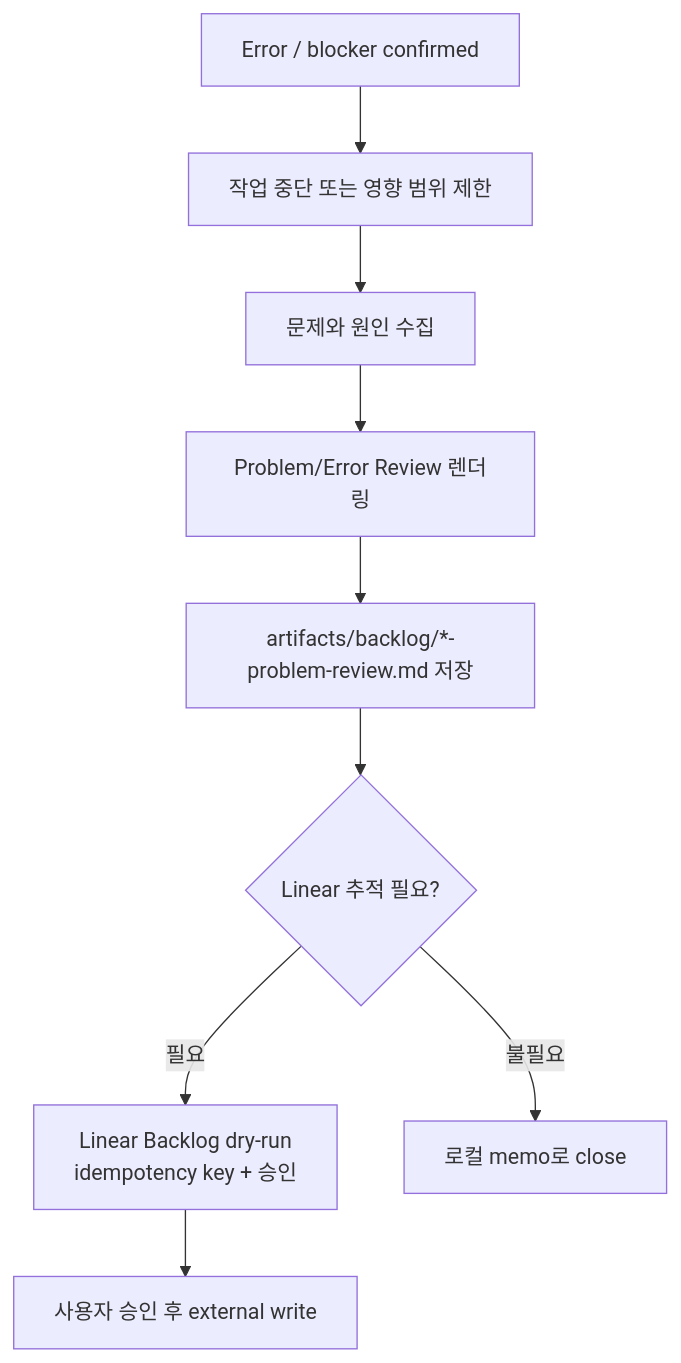
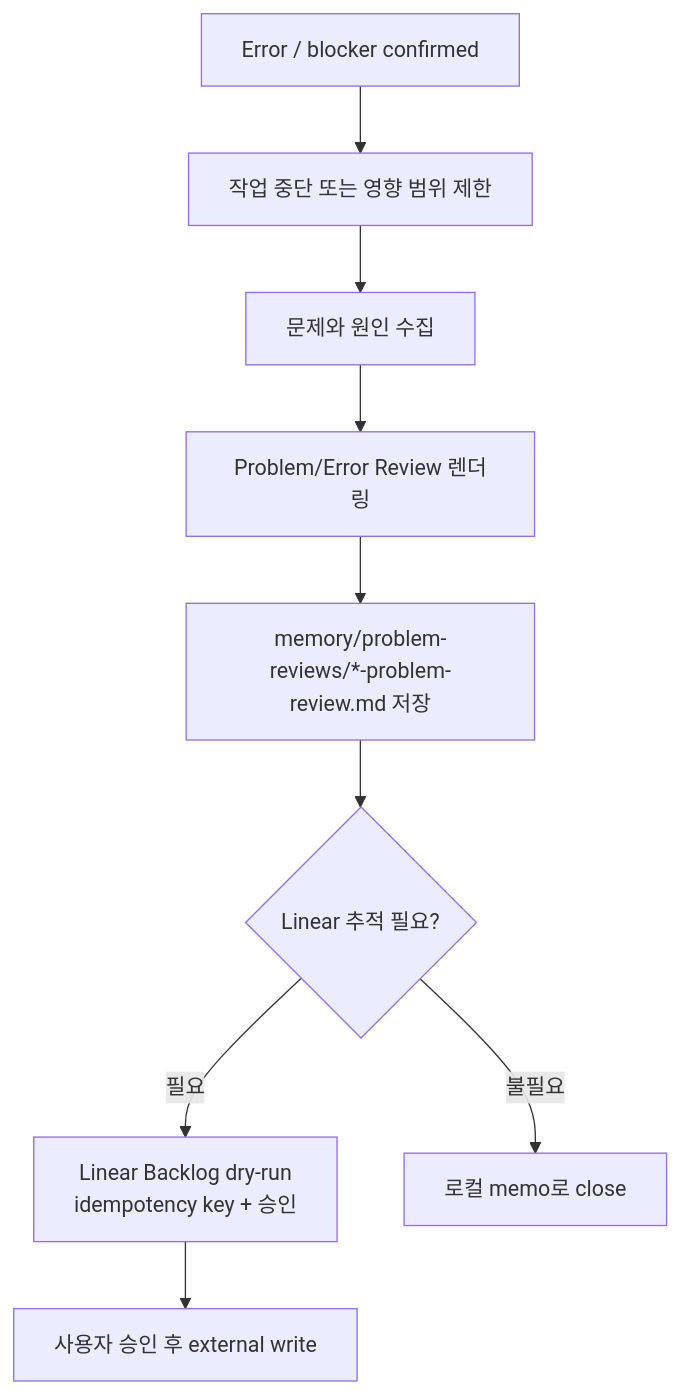
The second of 2 diagrams in docs/architecture/11-visualization-and-incident-response.md (dongwonlee222/POKit), drawn with Mermaid before and after one commit. The commit also changed other lines of this file and 10 other files, not shown here.

First line of the commit message:
refactor(F-3c): memory/artifacts 경계 명확화 (POKIT-149)

````diff
--- a/docs/architecture/11-visualization-and-incident-response.md
+++ b/docs/architecture/11-visualization-and-incident-response.md
@@ -111,11 +111,11 @@
 ```mermaid
 flowchart TD
   A["Error / blocker confirmed"] --> B["작업 중단 또는 영향 범위 제한"]
   B --> C["문제와 원인 수집"]
   C --> D["Problem/Error Review 렌더링"]
-  D --> E["artifacts/backlog/*-problem-review.md 저장"]
+  D --> E["memory/problem-reviews/*-problem-review.md 저장"]
   E --> F{"Linear 추적 필요?"}
   F -- "필요" --> G["Linear Backlog dry-run<br/>idempotency key + 승인"]
   F -- "불필요" --> H["로컬 memo로 close"]
   G --> I["사용자 승인 후 external write"]
 ```
````
